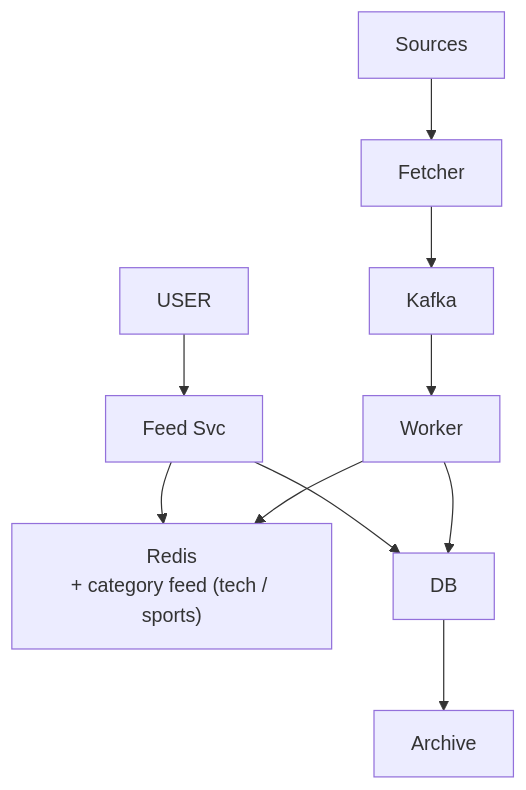
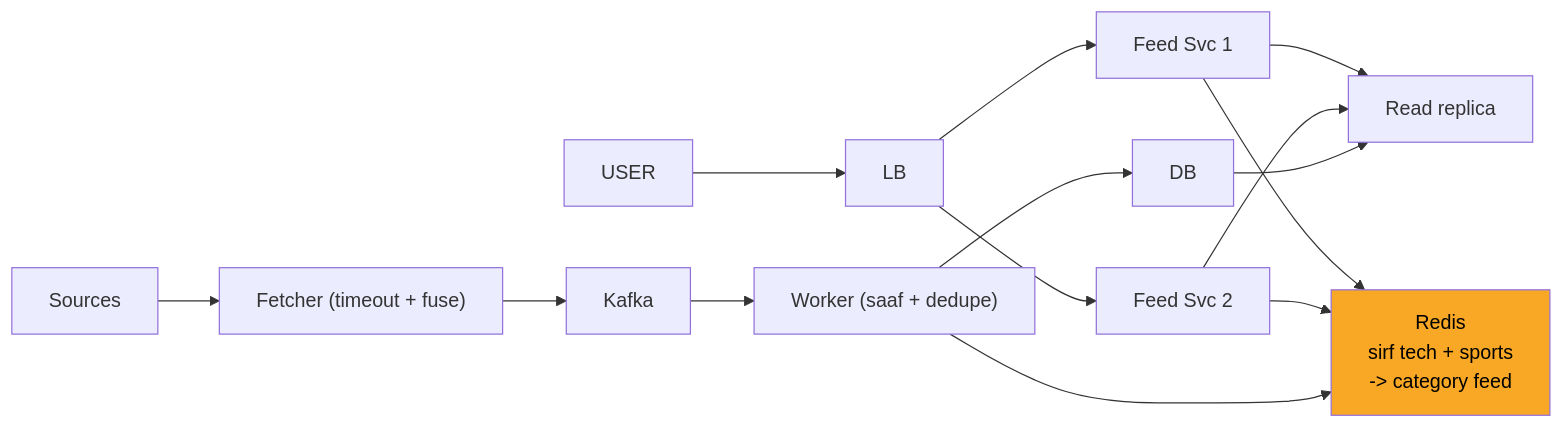
One commit to ArpanMaheshwari144/Prep changed the seventh of 11 diagrams in 04_HLD/SYSTEM_DESIGNS/08_news_aggregator/08_news_aggregator_INTERVIEW.md. Above: the diagram before and after it, drawn with Mermaid. The commit also changed other lines of this file and 2 other files, not shown here.

Commit message:
news, bookmyshow, cache: one-day story, short cards, follow-ups with rules, highlighted diagrams

````diff
--- a/04_HLD/SYSTEM_DESIGNS/08_news_aggregator/08_news_aggregator_INTERVIEW.md
+++ b/04_HLD/SYSTEM_DESIGNS/08_news_aggregator/08_news_aggregator_INTERVIEW.md
@@ -301,21 +285,28 @@
 ```mermaid
-flowchart TD
+flowchart LR
     n_USER["USER"]
-    n_Feed_Svc["Feed Svc"]
-    n_Redis["Redis<br/>+ category feed (tech / sports)"]
+    n_LB["LB"]
+    n_Feed_Svc_x_N_1["Feed Svc 1"]
+    n_Feed_Svc_x_N_2["Feed Svc 2"]
+    n_Redis["Redis<br/>sirf tech + sports<br/>-> category feed"]
+    n_Read_replica["Read replica"]
     n_DB["DB"]
-    n_Archive["Archive"]
-    n_Worker["Worker"]
+    n_Worker["Worker (saaf + dedupe)"]
     n_Kafka["Kafka"]
-    n_Fetcher["Fetcher"]
+    n_Fetcher["Fetcher (timeout + fuse)"]
     n_Sources["Sources"]
-    n_USER --> n_Feed_Svc
-    n_Feed_Svc --> n_Redis
-    n_Feed_Svc --> n_DB
-    n_DB --> n_Archive
+    n_USER --> n_LB
+    n_LB --> n_Feed_Svc_x_N_1
+    n_LB --> n_Feed_Svc_x_N_2
+    n_Feed_Svc_x_N_1 --> n_Redis
+    n_Feed_Svc_x_N_2 --> n_Redis
+    n_Feed_Svc_x_N_1 --> n_Read_replica
+    n_Feed_Svc_x_N_2 --> n_Read_replica
+    n_DB --> n_Read_replica
     n_Worker --> n_DB
     n_Worker --> n_Redis
     n_Kafka --> n_Worker
     n_Fetcher --> n_Kafka
     n_Sources --> n_Fetcher
+    style n_Redis fill:#f9a825,color:#000
 ```
````
